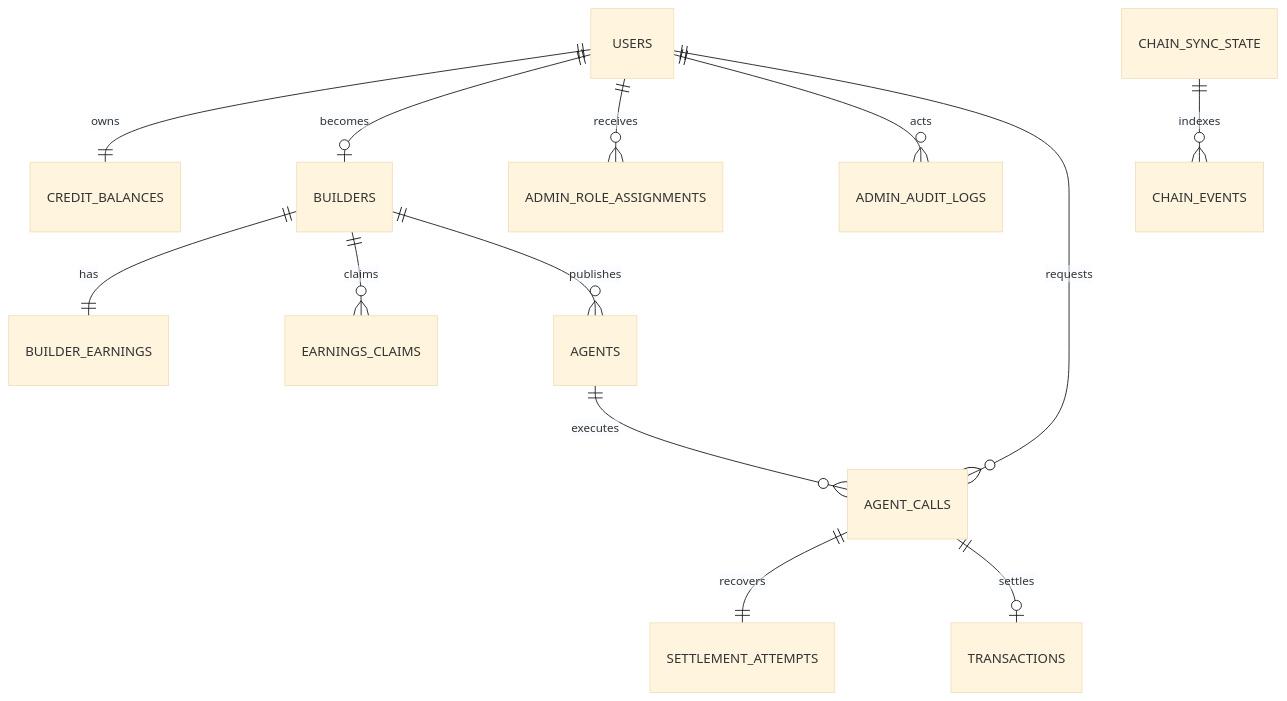
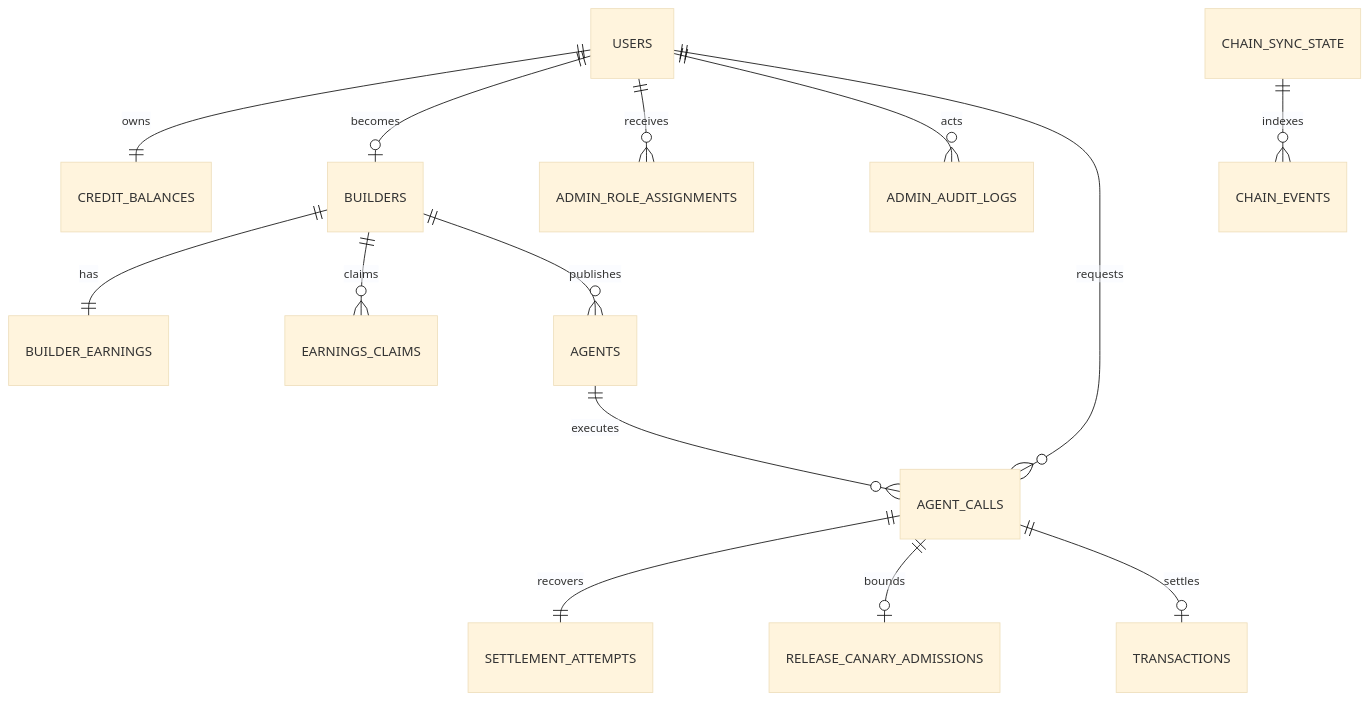
The diagram in docs/DATABASE_SCHEMA.md (velostralabs/velostra), drawn with Mermaid (base theme) before and after one commit. The commit also changed other lines of this file and 19 other files, not shown here.

````diff
--- a/docs/DATABASE_SCHEMA.md
+++ b/docs/DATABASE_SCHEMA.md
@@ -15,15 +15,16 @@
 ```mermaid
 erDiagram
     USERS ||--|| CREDIT_BALANCES : owns
     USERS ||--o| BUILDERS : becomes
     USERS ||--o{ ADMIN_ROLE_ASSIGNMENTS : receives
     USERS ||--o{ ADMIN_AUDIT_LOGS : acts
     BUILDERS ||--|| BUILDER_EARNINGS : has
     BUILDERS ||--o{ EARNINGS_CLAIMS : claims
     BUILDERS ||--o{ AGENTS : publishes
     AGENTS ||--o{ AGENT_CALLS : executes
     USERS ||--o{ AGENT_CALLS : requests
     AGENT_CALLS ||--|| SETTLEMENT_ATTEMPTS : recovers
+    AGENT_CALLS ||--o| RELEASE_CANARY_ADMISSIONS : bounds
     AGENT_CALLS ||--o| TRANSACTIONS : settles
     CHAIN_SYNC_STATE ||--o{ CHAIN_EVENTS : indexes
 ```
````
